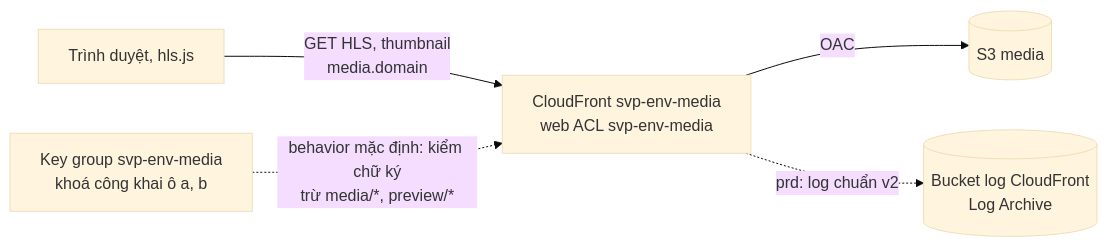
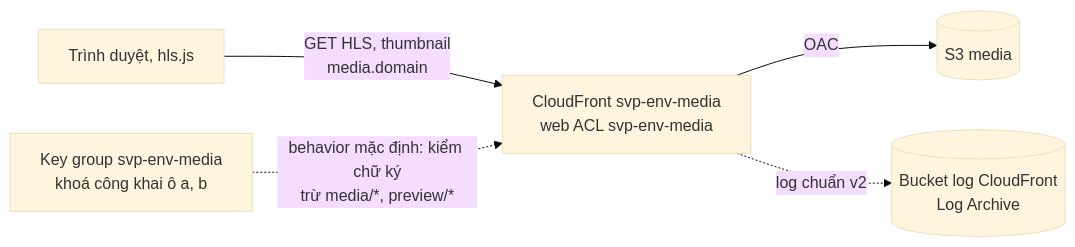
The third of 4 diagrams in docs/explanation/edge.md (anhnvcoder/svp-backend), drawn with Mermaid (base theme) before and after one commit. The commit also changed other lines of this file and 66 other files, not shown here.

````diff
--- a/docs/explanation/edge.md
+++ b/docs/explanation/edge.md
@@ -143,7 +143,7 @@
 ```mermaid
 flowchart LR
     b["Trình duyệt, hls.js"] -->|"GET HLS, thumbnail<br/>media.domain"| cf["CloudFront svp-env-media<br/>web ACL svp-env-media"]
     cf -->|"OAC"| s3[("S3 media")]
     kg["Key group svp-env-media<br/>khoá công khai ô a, b"] -.->|"behavior mặc định: kiểm chữ ký<br/>trừ media/*, preview/*"| cf
-    cf -.->|"prd: log chuẩn v2"| log[("Bucket log CloudFront<br/>Log Archive")]
+    cf -.->|"log chuẩn v2"| log[("Bucket log CloudFront<br/>Log Archive")]
 ```
````
